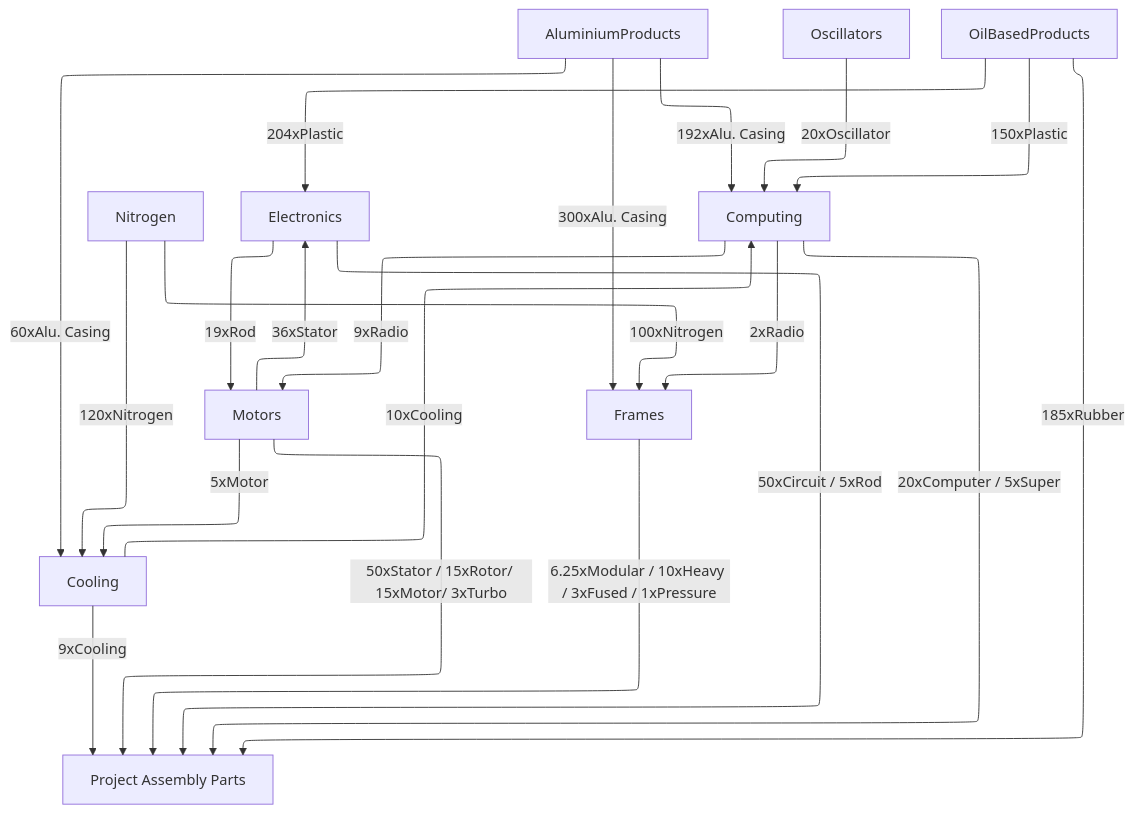
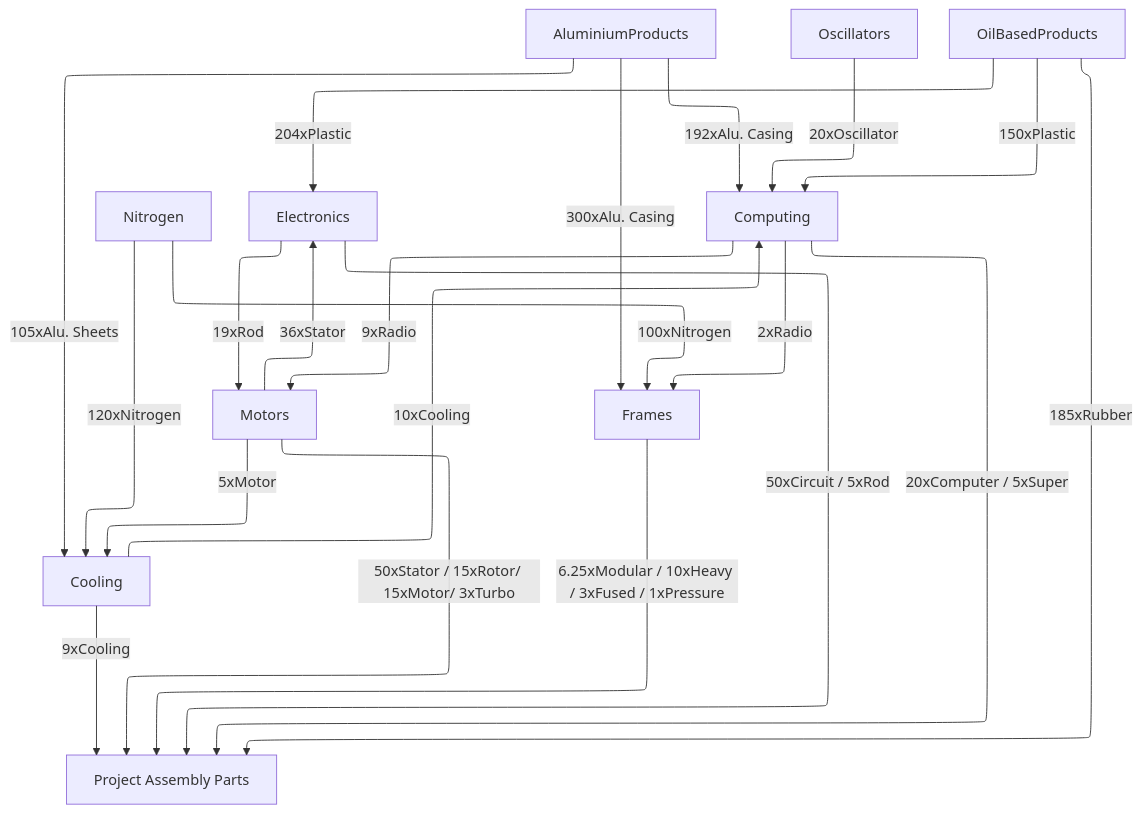
The diagram in src/train_connections.mermaid (totobest/satis-master-plan), drawn with Mermaid before and after one commit.

```diff
--- a/src/train_connections.mermaid
+++ b/src/train_connections.mermaid
@@ -1,45 +1,45 @@
 ---
 config:
   layout: elk
 ---
 
 flowchart TD
 
     AluminiumProducts
 
     Oscillators
 
     Nitrogen
 
 
     Electronics -- 19xRod --> Motors
     Computing -- 9xRadio --> Motors
     Motors
 
     AluminiumProducts -- 300xAlu. Casing --> Frames
     Computing -- 2xRadio --> Frames
     Nitrogen -- 100xNitrogen --> Frames
     Frames
 
     OilBasedProducts -- 204xPlastic --> Electronics
     Motors -- 36xStator --> Electronics
     Electronics
 
-    AluminiumProducts -- 60xAlu. Casing --> Cooling
+    AluminiumProducts -- 105xAlu. Sheets --> Cooling
     Motors -- 5xMotor --> Cooling
     Nitrogen -- 120xNitrogen --> Cooling
     Cooling
 
     OilBasedProducts -- 150xPlastic --> Computing
     Oscillators -- 20xOscillator --> Computing
     AluminiumProducts -- 192xAlu. Casing --> Computing
     Cooling -- 10xCooling--> Computing
     Computing
 
     OilBasedProducts -- 185xRubber --> ProjectAssembly
     Motors -- 50xStator / 15xRotor/ 15xMotor/ 3xTurbo --> ProjectAssembly
     Frames -- 6.25xModular / 10xHeavy / 3xFused / 1xPressure --> ProjectAssembly
     Electronics -- 50xCircuit / 5xRod --> ProjectAssembly
     Cooling -- 9xCooling--> ProjectAssembly
     Computing -- 20xComputer / 5xSuper --> ProjectAssembly
     ProjectAssembly["Project Assembly Parts"]
```
